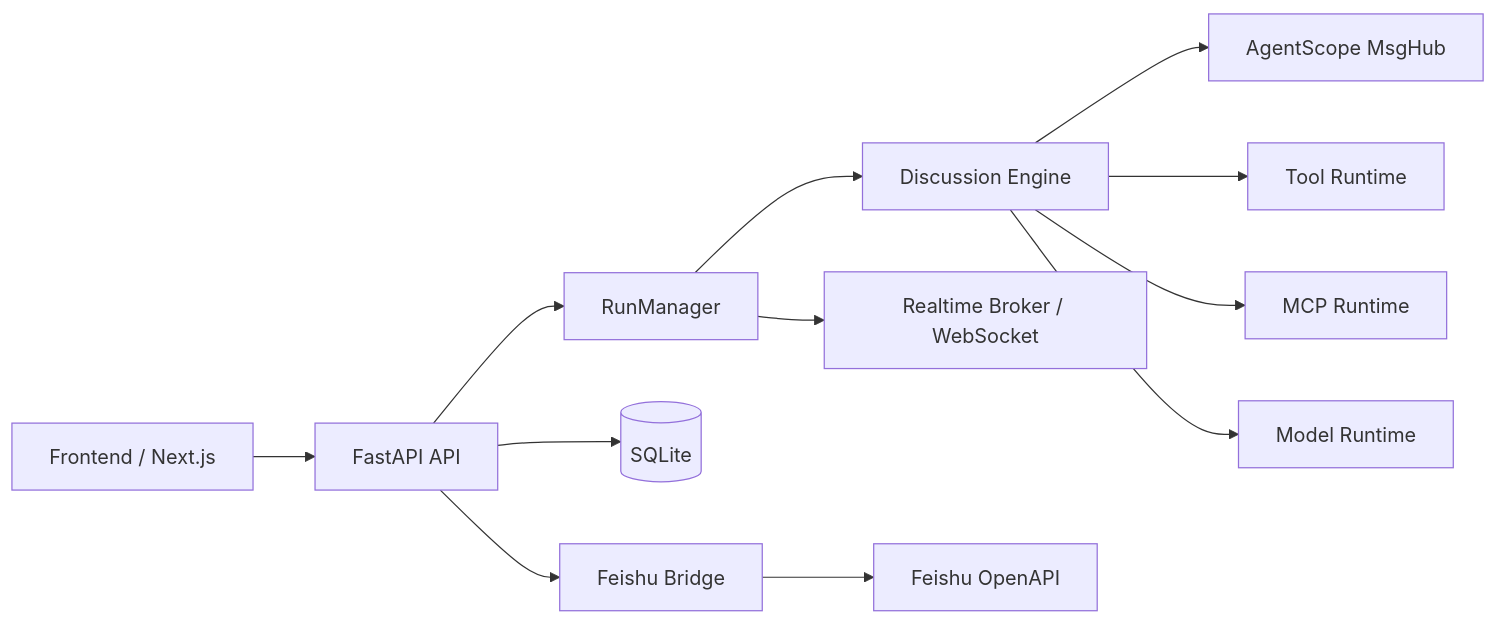
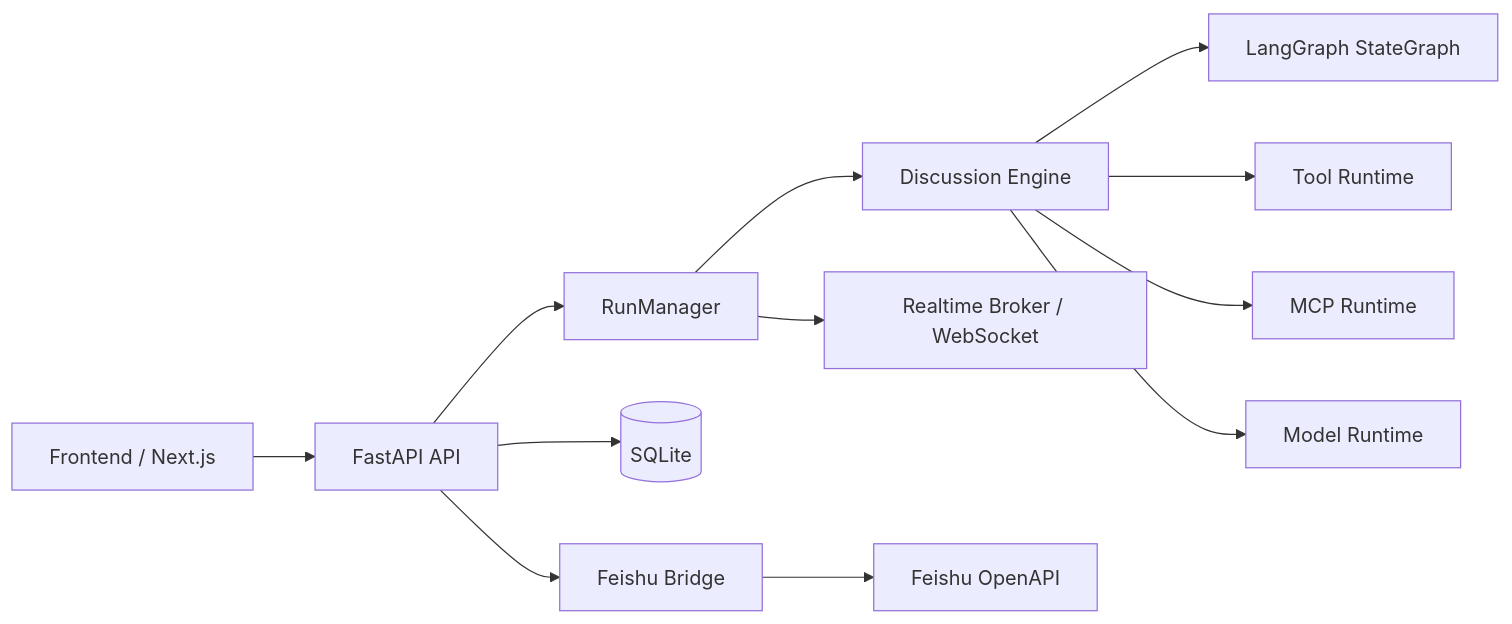
Before and after one commit to toohandsome/AlignHub: the diagram in README.md, drawn with Mermaid. The commit also changed other lines of this file and 82 other files, not shown here.

````diff
--- a/README.md
+++ b/README.md
@@ -199,14 +202,14 @@
 ```mermaid
 flowchart LR
   A[Frontend / Next.js] --> B[FastAPI API]
   B --> C[RunManager]
   C --> D[Discussion Engine]
-  D --> E[AgentScope MsgHub]
+  D --> E[LangGraph StateGraph]
   D --> F[Tool Runtime]
   D --> G[MCP Runtime]
   D --> H[Model Runtime]
   B --> I[(SQLite)]
   C --> J[Realtime Broker / WebSocket]
   B --> K[Feishu Bridge]
   K --> L[Feishu OpenAPI]
 ```
````
